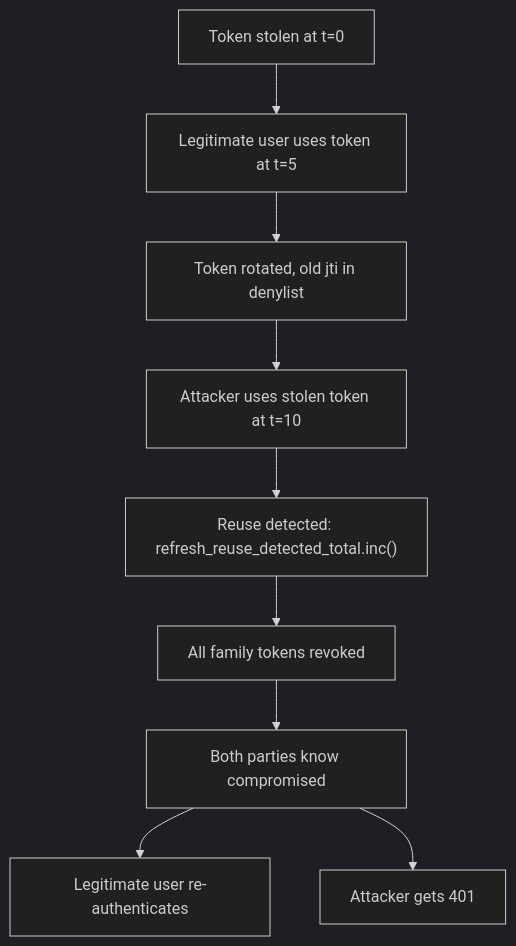
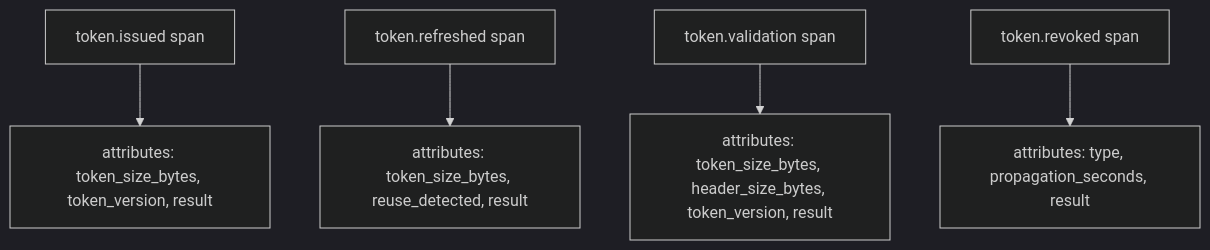
Before and after one commit to microscaler/sesame-idam: the second of 2 diagrams in docs/Epics/09-observability/stories/story-9.5.md, drawn with Mermaid (dark theme). The commit also changed other lines of this file and 3 other files, not shown here.

````diff
--- a/docs/Epics/09-observability/stories/story-9.5.md
+++ b/docs/Epics/09-observability/stories/story-9.5.md
@@ -171,12 +281,7 @@
 ```mermaid
 flowchart TD
-    A[Token stolen at t=0] --> B[Legitimate user uses token at t=5]
-    B --> C[Token rotated, old jti in denylist]
-    C --> D[Attacker uses stolen token at t=10]
-    D --> E["Reuse detected: refresh_reuse_detected_total.inc()"]
-    E --> F[All family tokens revoked]
-    F --> G[Both parties know compromised]
-    
-    G --> H[Legitimate user re-authenticates]
-    G --> I[Attacker gets 401]
+    A[token.issued span] --> B[attributes: token_size_bytes, token_version, result]
+    C[token.refreshed span] --> D[attributes: token_size_bytes, reuse_detected, result]
+    E[token.validation span] --> F[attributes: token_size_bytes, header_size_bytes, token_version, result]
+    G[token.revoked span] --> H[attributes: type, propagation_seconds, result]
 ```
````
